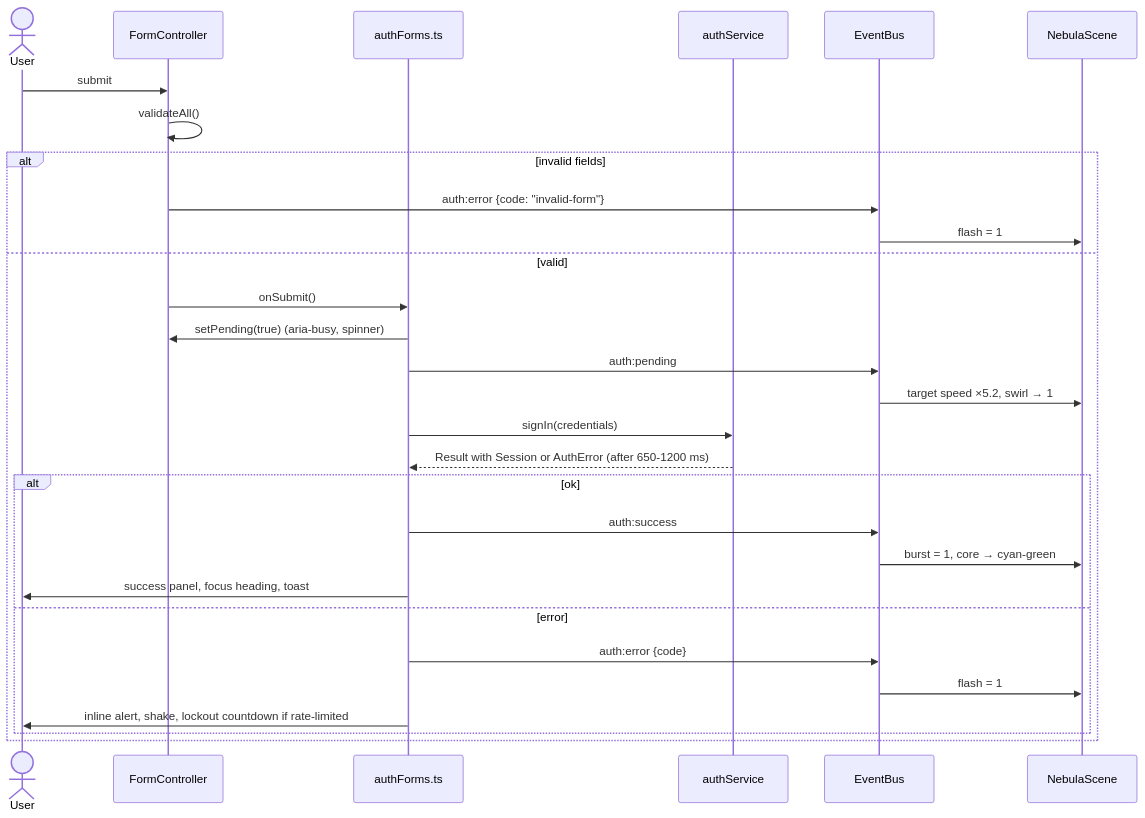
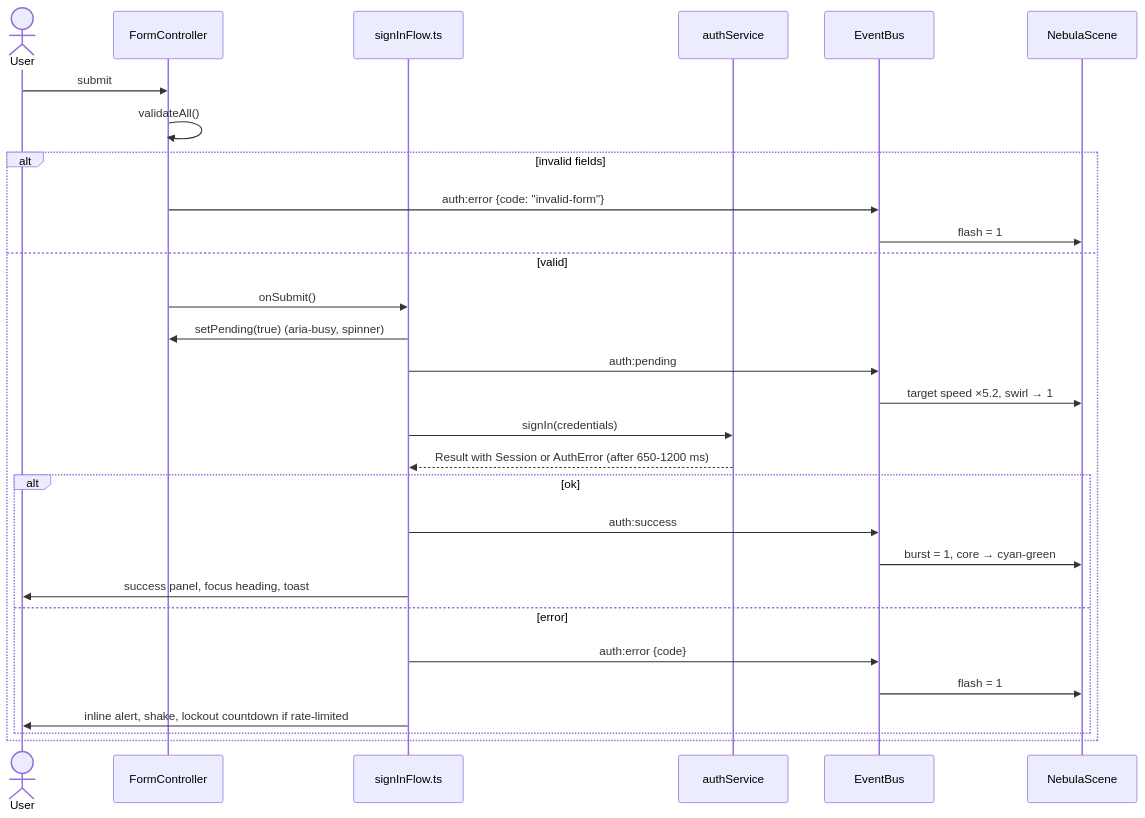
Before and after one commit to arslanagayev/nebula-auth: the second of 2 diagrams in docs/ARCHITECTURE.md, drawn with Mermaid. The commit also changed other lines of this file and 1 other file, not shown here.

````diff
--- a/docs/ARCHITECTURE.md
+++ b/docs/ARCHITECTURE.md
@@ -98,32 +118,32 @@
 ```mermaid
 sequenceDiagram
   actor User
   participant Form as FormController
-  participant Flow as authForms.ts
+  participant Flow as signInFlow.ts
   participant API as authService
   participant Bus as EventBus
   participant Scene as NebulaScene
 
   User->>Form: submit
   Form->>Form: validateAll()
   alt invalid fields
     Form->>Bus: auth:error {code: "invalid-form"}
     Bus->>Scene: flash = 1
   else valid
     Form->>Flow: onSubmit()
     Flow->>Form: setPending(true) (aria-busy, spinner)
     Flow->>Bus: auth:pending
     Bus->>Scene: target speed ×5.2, swirl → 1
     Flow->>API: signIn(credentials)
     API-->>Flow: Result with Session or AuthError (after 650-1200 ms)
     alt ok
       Flow->>Bus: auth:success
       Bus->>Scene: burst = 1, core → cyan-green
       Flow->>User: success panel, focus heading, toast
     else error
       Flow->>Bus: auth:error {code}
       Bus->>Scene: flash = 1
       Flow->>User: inline alert, shake, lockout countdown if rate-limited
     end
   end
 ```
````
